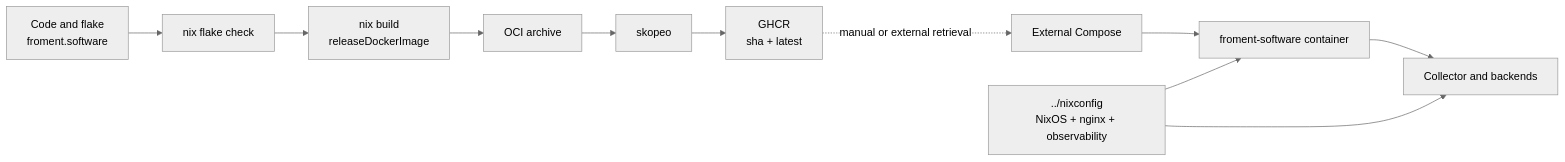
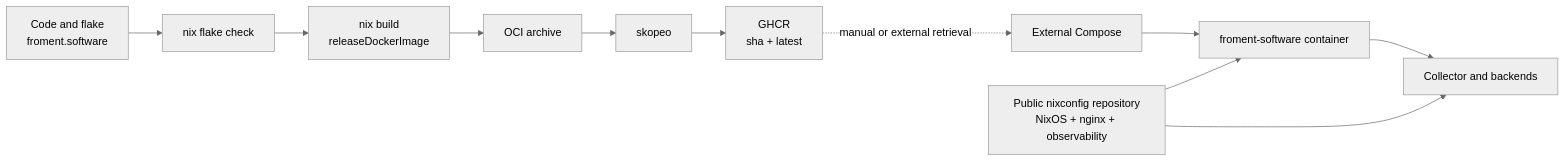
Before and after one commit to sachahjkl/froment.software: the first of 4 diagrams in packages/web/src/app/blog/posts/2026-08-production-observabilite.en.md, drawn with Mermaid (neutral theme). The commit also changed other lines of this file and 3 other files, not shown here.

````diff
--- a/packages/web/src/app/blog/posts/2026-08-production-observabilite.en.md
+++ b/packages/web/src/app/blog/posts/2026-08-production-observabilite.en.md
@@ -26,13 +26,13 @@
 ```mermaid
 flowchart LR
   A[Code and flake<br/>froment.software] --> B[nix flake check]
   B --> C[nix build<br/>releaseDockerImage]
   C --> D[OCI archive]
   D --> E[skopeo]
   E --> F[GHCR<br/>sha + latest]
   F -. manual or external retrieval .-> G[External Compose]
   G --> H[froment-software container]
-  I[../nixconfig<br/>NixOS + nginx + observability] --> H
+  I[Public nixconfig repository<br/>NixOS + nginx + observability] --> H
   I --> J[Collector and backends]
   H --> J
 ```
````
